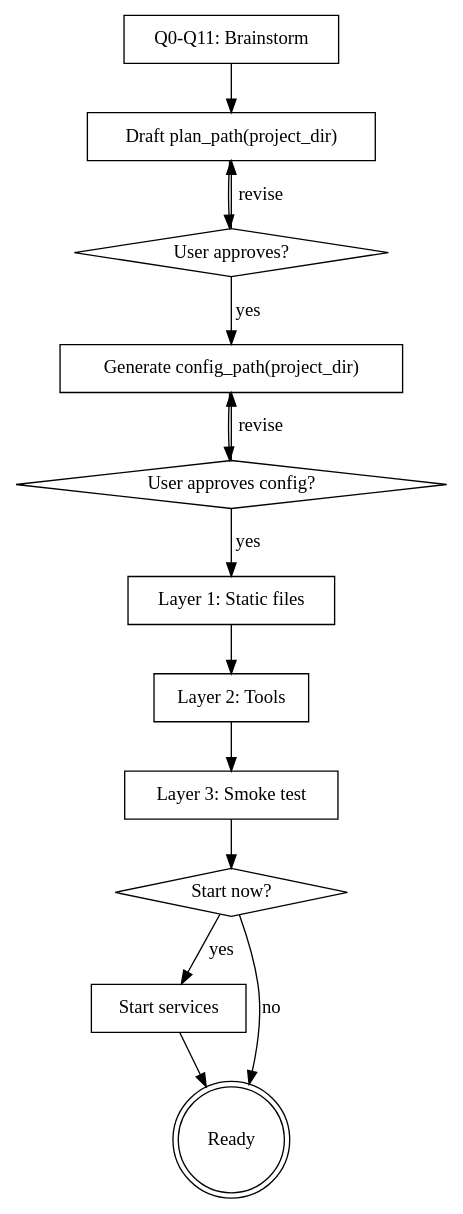
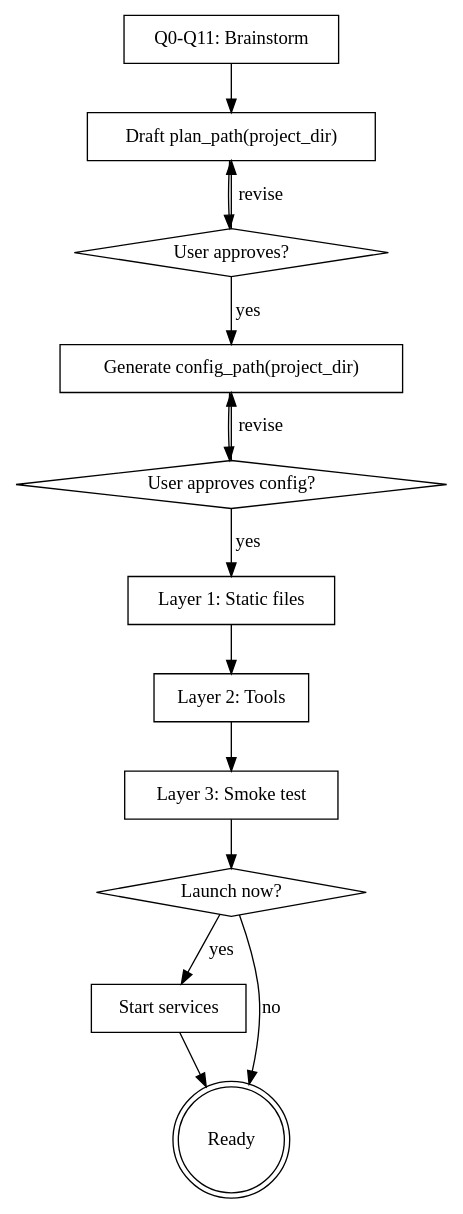
Before and after one commit to GiggleLiu/cryochamber: the diagram in .claude/skills/make-plan/SKILL.md, drawn with Graphviz. The commit also changed other lines of this file and 1 other file, not shown here.

Commit message:
update wording

````diff
--- a/.claude/skills/make-plan/SKILL.md
+++ b/.claude/skills/make-plan/SKILL.md
@@ -354,29 +354,29 @@
 ```dot
 digraph cryo_create {
     "Q0-Q11: Brainstorm" [shape=box];
     "Draft plan_path(project_dir)" [shape=box];
     "User approves?" [shape=diamond];
     "Generate config_path(project_dir)" [shape=box];
     "User approves config?" [shape=diamond];
     "Layer 1: Static files" [shape=box];
     "Layer 2: Tools" [shape=box];
     "Layer 3: Smoke test" [shape=box];
-    "Start now?" [shape=diamond];
+    "Launch now?" [shape=diamond];
     "Start services" [shape=box];
     "Ready" [shape=doublecircle];
 
     "Q0-Q11: Brainstorm" -> "Draft plan_path(project_dir)";
     "Draft plan_path(project_dir)" -> "User approves?";
     "User approves?" -> "Draft plan_path(project_dir)" [label="revise"];
     "User approves?" -> "Generate config_path(project_dir)" [label="yes"];
     "Generate config_path(project_dir)" -> "User approves config?";
     "User approves config?" -> "Generate config_path(project_dir)" [label="revise"];
     "User approves config?" -> "Layer 1: Static files" [label="yes"];
     "Layer 1: Static files" -> "Layer 2: Tools";
     "Layer 2: Tools" -> "Layer 3: Smoke test";
-    "Layer 3: Smoke test" -> "Start now?";
-    "Start now?" -> "Start services" [label="yes"];
-    "Start now?" -> "Ready" [label="no"];
+    "Layer 3: Smoke test" -> "Launch now?";
+    "Launch now?" -> "Start services" [label="yes"];
+    "Launch now?" -> "Ready" [label="no"];
     "Start services" -> "Ready";
 }
 ```
````
